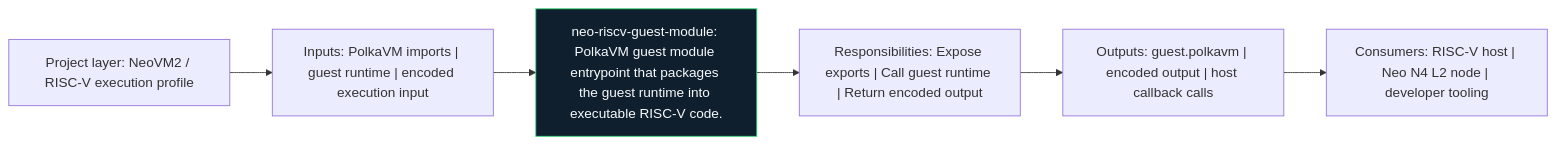
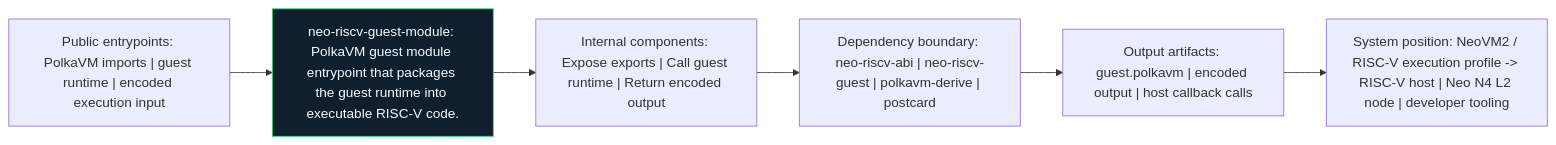
The diagram in crates/neo-riscv-guest-module/docs/figures/architecture.mmd (r3e-network/neo-riscv-vm), drawn with Mermaid before and after one commit. The commit also changed 207 other files, not shown here.

```diff
--- a/crates/neo-riscv-guest-module/docs/figures/architecture.mmd
+++ b/crates/neo-riscv-guest-module/docs/figures/architecture.mmd
@@ -1,14 +1,14 @@
 flowchart LR
-    N1["Project layer: NeoVM2 / RISC-V execution profile"]
-    N2["Inputs: PolkaVM imports | guest runtime | encoded execution input"]
-    N3["neo-riscv-guest-module: PolkaVM guest module entrypoint that packages the guest runtime into executable RISC-V code."]
-    N4["Responsibilities: Expose exports | Call guest runtime | Return encoded output"]
-    N5["Outputs: guest.polkavm | encoded output | host callback calls"]
-    N6["Consumers: RISC-V host | Neo N4 L2 node | developer tooling"]
+    N1["Public entrypoints: PolkaVM imports | guest runtime | encoded execution input"]
+    N2["neo-riscv-guest-module: PolkaVM guest module entrypoint that packages the guest runtime into executable RISC-V code."]
+    N3["Internal components: Expose exports | Call guest runtime | Return encoded output"]
+    N4["Dependency boundary: neo-riscv-abi | neo-riscv-guest | polkavm-derive | postcard"]
+    N5["Output artifacts: guest.polkavm | encoded output | host callback calls"]
+    N6["System position: NeoVM2 / RISC-V execution profile -> RISC-V host | Neo N4 L2 node | developer tooling"]
     N1 --> N2
     N2 --> N3
     N3 --> N4
     N4 --> N5
     N5 --> N6
     classDef crate fill:#101f2d,stroke:#38d978,color:#f6fbff
-    class N3 crate
+    class N2 crate
```
